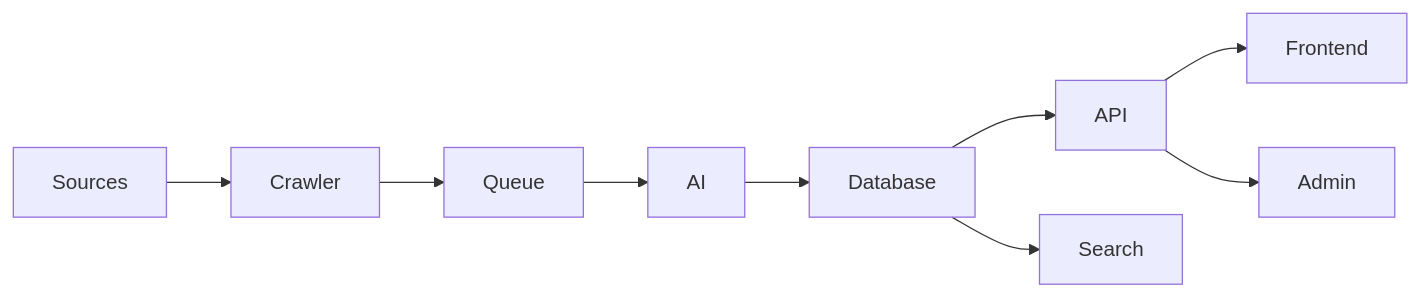
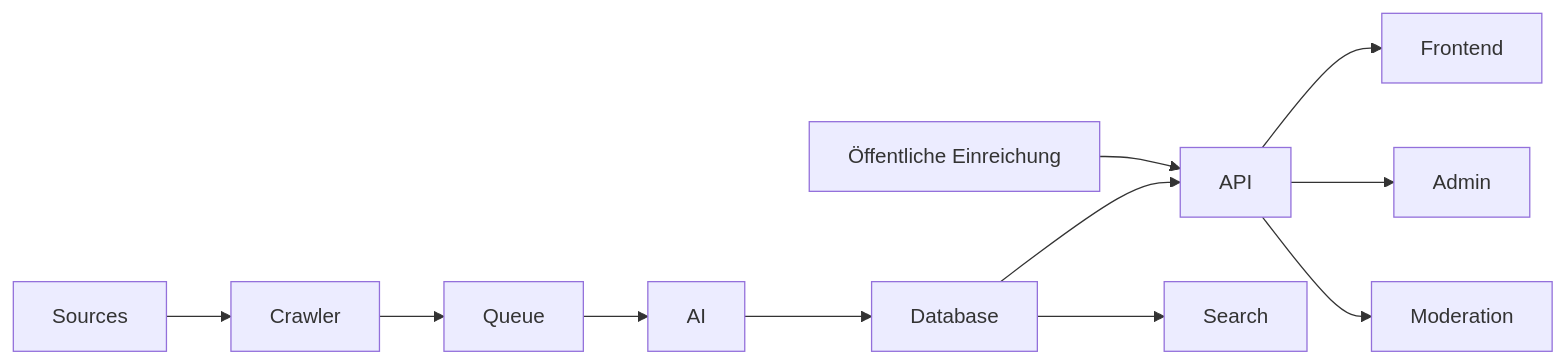
One commit to TimUx/OpenEventHub changed the first of 2 diagrams in docs/ARCHITECTURE.md. Above: the diagram before and after it, drawn with Mermaid. The commit also changed other lines of this file and 220 other files, not shown here.

````diff
--- a/docs/ARCHITECTURE.md
+++ b/docs/ARCHITECTURE.md
@@ -15,11 +16,13 @@
 ```mermaid
 flowchart LR
     Sources-->Crawler
     Crawler-->Queue
     Queue-->AI
     AI-->Database
     Database-->API
     API-->Frontend
     API-->Admin
     Database-->Search
+    PublicSubmit[Öffentliche Einreichung]-->API
+    API-->Moderation
 ```
````
